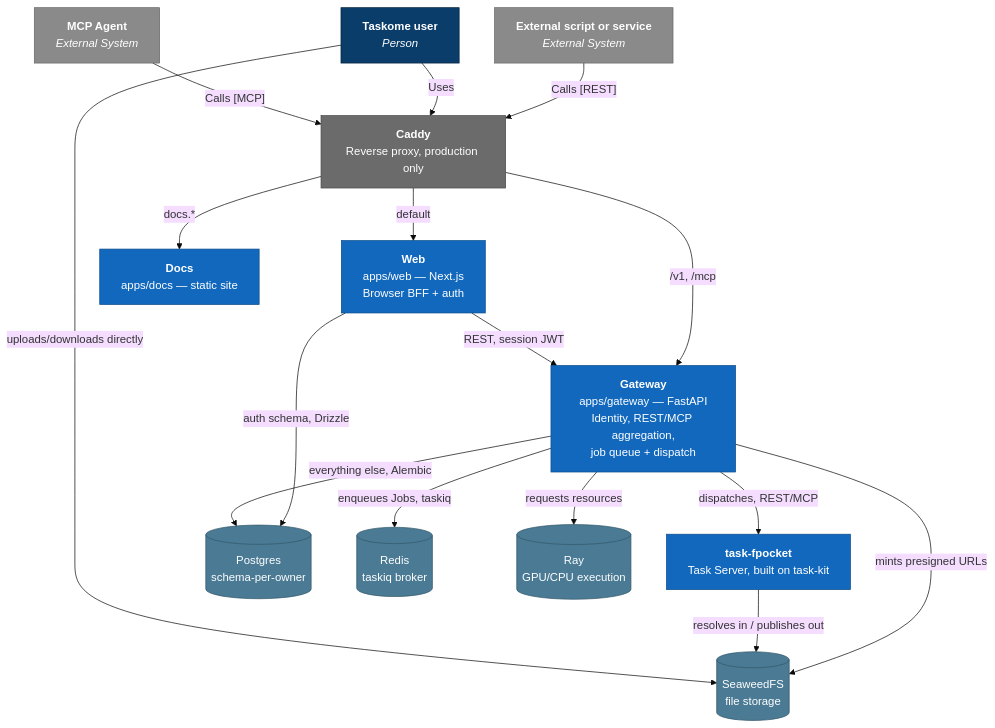
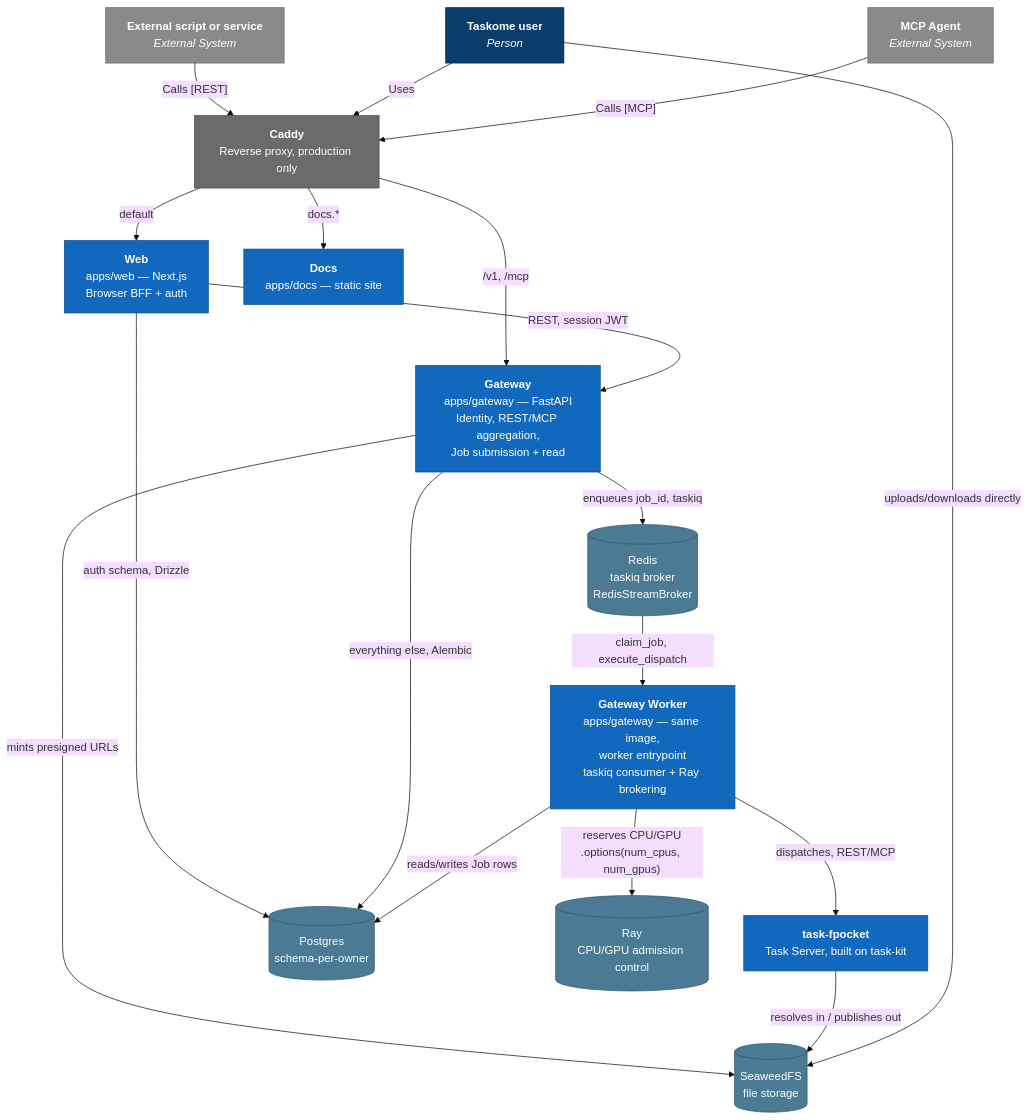
Before and after one commit to ukeSJTU/taskome: the diagram in docs/architecture/containers.md, drawn with Mermaid (base theme). The commit also changed other lines of this file and 8 other files, not shown here.

````diff
--- a/docs/architecture/containers.md
+++ b/docs/architecture/containers.md
@@ -9,48 +9,51 @@
 ```mermaid
 flowchart TB
     apiClient["<b>External script or service</b>\n<i>External System</i>"]
     user["<b>Taskome user</b>\n<i>Person</i>"]
     mcpAgent["<b>MCP Agent</b>\n<i>External System</i>"]
 
     caddy["<b>Caddy</b>\nReverse proxy, production only"]
 
     web["<b>Web</b>\napps/web — Next.js\nBrowser BFF + auth"]
-    gateway["<b>Gateway</b>\napps/gateway — FastAPI\nIdentity, REST/MCP aggregation,\njob queue + dispatch"]
+    gateway["<b>Gateway</b>\napps/gateway — FastAPI\nIdentity, REST/MCP aggregation,\nJob submission + read"]
+    gatewayWorker["<b>Gateway Worker</b>\napps/gateway — same image,\nworker entrypoint\ntaskiq consumer + Ray brokering"]
     docs["<b>Docs</b>\napps/docs — static site"]
     taskfpocket["<b>task-fpocket</b>\nTask Server, built on task-kit"]
 
     postgres[("Postgres\nschema-per-owner")]
-    redis[("Redis\ntaskiq broker")]
-    ray[("Ray\nGPU/CPU execution")]
+    redis[("Redis\ntaskiq broker\nRedisStreamBroker")]
+    ray[("Ray\nCPU/GPU admission control")]
     seaweedfs[("SeaweedFS\nfile storage")]
 
     apiClient -- "Calls [REST]" --> caddy
     user -- "Uses" --> caddy
     mcpAgent -- "Calls [MCP]" --> caddy
 
     caddy -- "default" --> web
     caddy -- "/v1, /mcp" --> gateway
     caddy -- "docs.*" --> docs
 
     web -- "REST, session JWT" --> gateway
     web -- "auth schema, Drizzle" --> postgres
     gateway -- "everything else, Alembic" --> postgres
-    gateway -- "enqueues Jobs, taskiq" --> redis
-    gateway -- "requests resources" --> ray
-    gateway -- "dispatches, REST/MCP" --> taskfpocket
+    gateway -- "enqueues job_id, taskiq" --> redis
     gateway -- "mints presigned URLs" --> seaweedfs
+    redis -- "claim_job, execute_dispatch" --> gatewayWorker
+    gatewayWorker -- "reads/writes Job rows" --> postgres
+    gatewayWorker -- "reserves CPU/GPU\n.options(num_cpus, num_gpus)" --> ray
+    gatewayWorker -- "dispatches, REST/MCP" --> taskfpocket
     taskfpocket -- "resolves in / publishes out" --> seaweedfs
     user -- "uploads/downloads directly" --> seaweedfs
 
     classDef person fill:#0b3d6b,stroke:#04223d,color:#fff
     classDef external fill:#8a8a8a,stroke:#666,color:#fff
     classDef container fill:#1168bd,stroke:#0b4c8c,color:#fff
     classDef infra fill:#4a7a94,stroke:#345869,color:#fff
     classDef edge fill:#6b6b6b,stroke:#4a4a4a,color:#fff
 
     class user person
     class mcpAgent,apiClient external
-    class web,gateway,docs,taskfpocket container
+    class web,gateway,gatewayWorker,docs,taskfpocket container
     class postgres,redis,ray,seaweedfs infra
     class caddy edge
 ```
````
